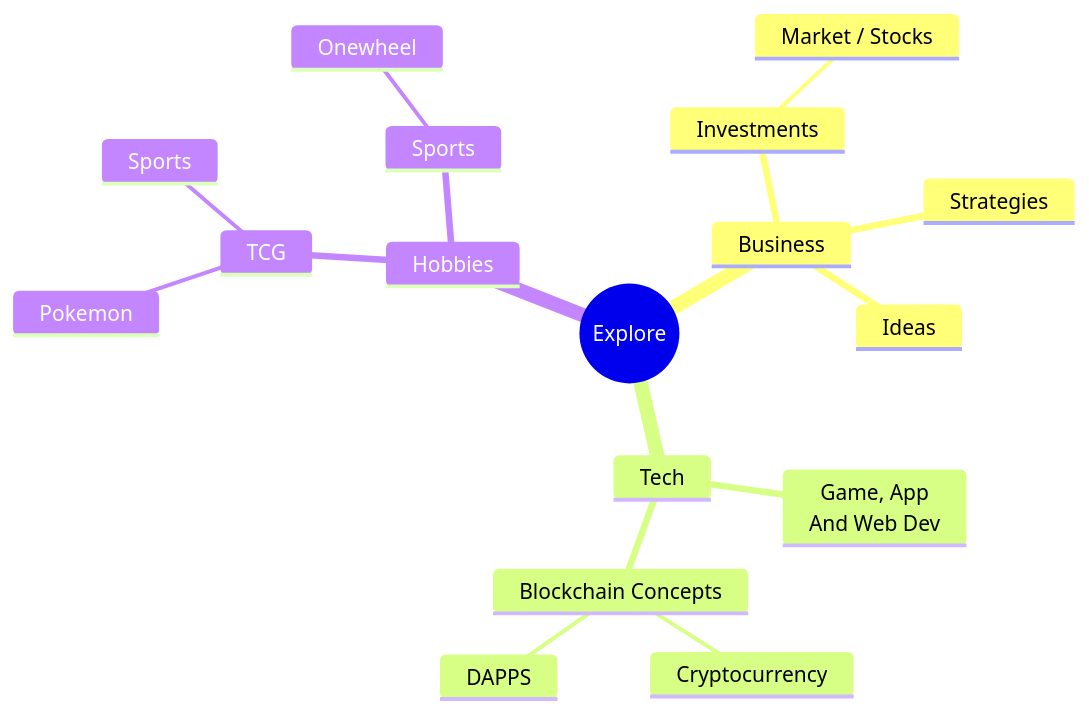
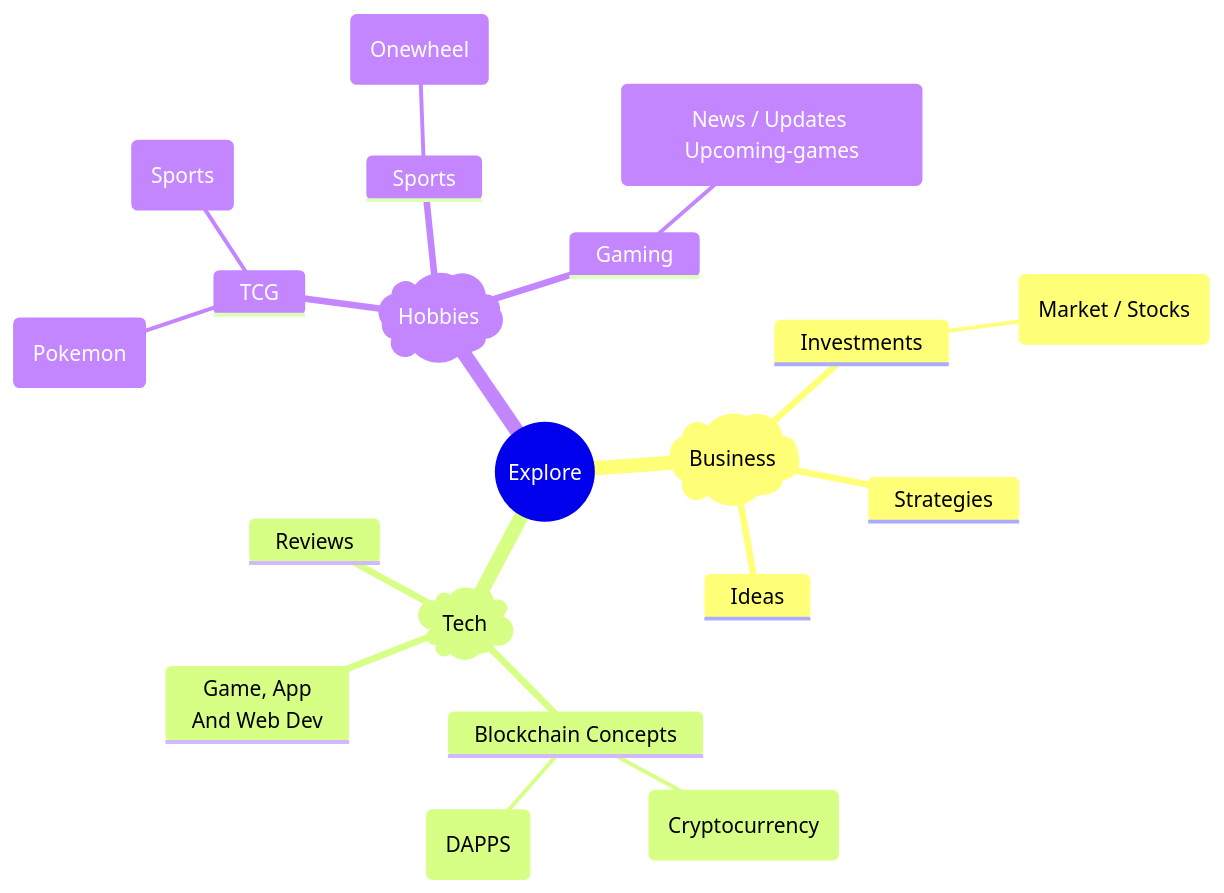
The diagram in _posts/2024-12-08-my-first-post.md (Camwp/blog), drawn with Mermaid before and after one commit. The commit also changed 33 other files, not shown here.

````diff
--- a/_posts/2024-12-08-my-first-post.md
+++ b/_posts/2024-12-08-my-first-post.md
@@ -103,23 +103,28 @@
 ```mermaid
 mindmap
   root((Explore))
-    Business
+    (Business]
       Investments
-        Market / Stocks
+        (Market / Stocks)
       Strategies
       Ideas   
-    Tech
+    (Tech]
       Game, App<br/>And Web Dev
       Blockchain Concepts
-        Cryptocurrency
-        DAPPS
-    Hobbies
+        (Cryptocurrency)
+        (DAPPS)
+      Reviews
+    (Hobbies]
       TCG
-        Pokemon
-        Sports
+        (Pokemon)
+        (Sports)
       Sports
-        Onewheel
+        (Onewheel)
+      Gaming
+        (News / Updates Upcoming-games)
         
 
+
+        
         
 ```
````
